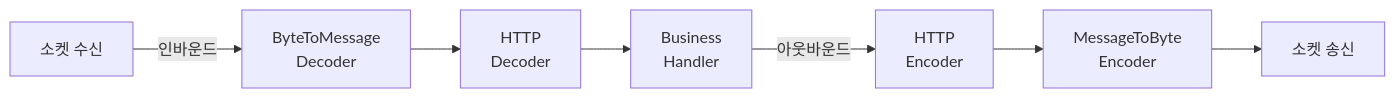
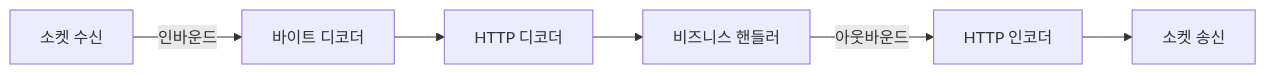
Before and after one commit to yjkim2015/yjkim2015.github.io: the sixth of 12 diagrams in _posts/server/2026-05-01-tomcat-vs-netty.md, drawn with Mermaid. The commit also changed other lines of this file and 245 other files, not shown here.

First line of the commit message:
Mermaid 다이어그램 전면 수정 + 면접 포인트 접기/펼치기 + DB 데드락 페이지

````diff
--- a/_posts/server/2026-05-01-tomcat-vs-netty.md
+++ b/_posts/server/2026-05-01-tomcat-vs-netty.md
@@ -195,9 +194,8 @@
 ```mermaid
 graph LR
-    SOC["소켓 수신"] -->|"인바운드"| DEC1["ByteToMessage\nDecoder"]
-    DEC1 --> DEC2["HTTP\nDecoder"]
-    DEC2 --> BIZ["Business\nHandler"]
-    BIZ -->|"아웃바운드"| ENC1["HTTP\nEncoder"]
-    ENC1 --> ENC2["MessageToByte\nEncoder"]
-    ENC2 --> OUT["소켓 송신"]
+    SOC["소켓 수신"] -->|"인바운드"| DEC1["바이트 디코더"]
+    DEC1 --> DEC2["HTTP 디코더"]
+    DEC2 --> BIZ["비즈니스 핸들러"]
+    BIZ -->|"아웃바운드"| ENC1["HTTP 인코더"]
+    ENC1 --> OUT["소켓 송신"]
 ```
````
